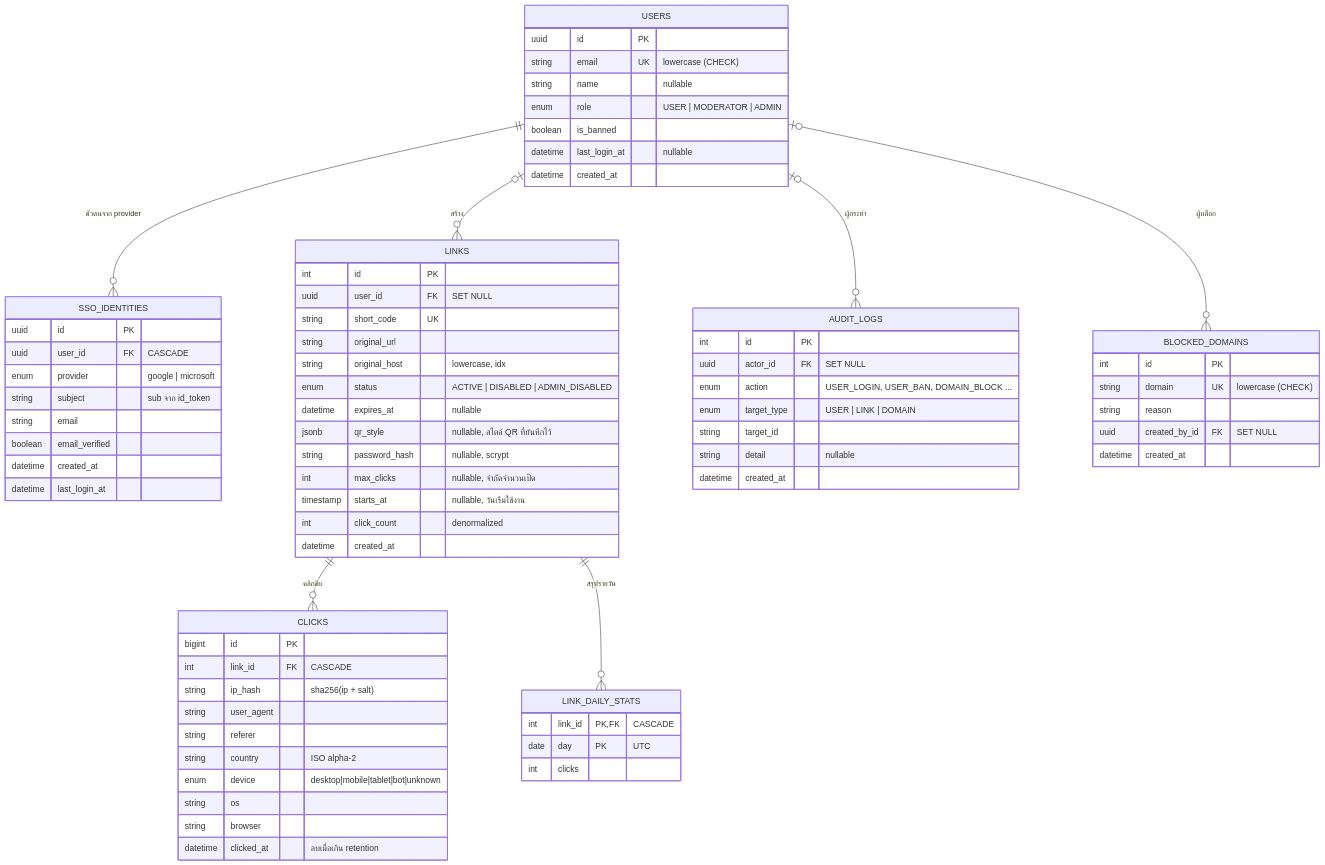
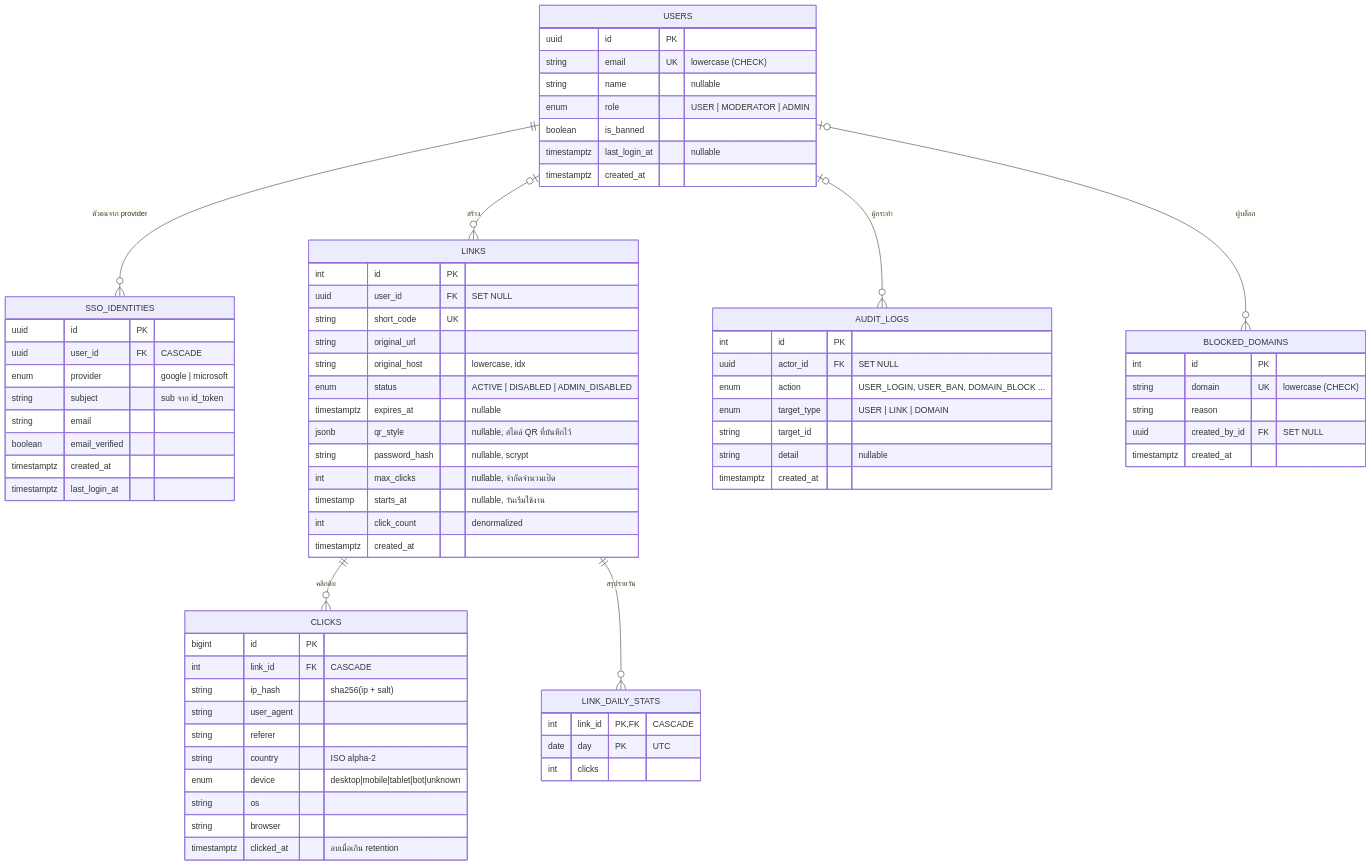
Before and after one commit to Dinozexe/Shorturl: the diagram in docs/er-diagram.md, drawn with Mermaid. The commit also changed other lines of this file and 11 other files, not shown here.

````diff
--- a/docs/er-diagram.md
+++ b/docs/er-diagram.md
@@ -7,77 +7,77 @@
 ```mermaid
 erDiagram
     USERS ||--o{ SSO_IDENTITIES : "ตัวตนจาก provider"
     USERS |o--o{ LINKS : "สร้าง"
     USERS |o--o{ AUDIT_LOGS : "ผู้กระทำ"
     USERS |o--o{ BLOCKED_DOMAINS : "ผู้บล็อก"
     LINKS ||--o{ CLICKS : "คลิกดิบ"
     LINKS ||--o{ LINK_DAILY_STATS : "สรุปรายวัน"
 
     USERS {
         uuid id PK
         string email UK "lowercase (CHECK)"
         string name "nullable"
         enum role "USER | MODERATOR | ADMIN"
         boolean is_banned
-        datetime last_login_at "nullable"
-        datetime created_at
+        timestamptz last_login_at "nullable"
+        timestamptz created_at
     }
     SSO_IDENTITIES {
         uuid id PK
         uuid user_id FK "CASCADE"
         enum provider "google | microsoft"
         string subject "sub จาก id_token"
         string email
         boolean email_verified
-        datetime created_at
-        datetime last_login_at
+        timestamptz created_at
+        timestamptz last_login_at
     }
     LINKS {
         int id PK
         uuid user_id FK "SET NULL"
         string short_code UK
         string original_url
         string original_host "lowercase, idx"
         enum status "ACTIVE | DISABLED | ADMIN_DISABLED"
-        datetime expires_at "nullable"
+        timestamptz expires_at "nullable"
         jsonb qr_style "nullable, สไตล์ QR ที่บันทึกไว้"
         string password_hash "nullable, scrypt"
         int max_clicks "nullable, จำกัดจำนวนเปิด"
         timestamp starts_at "nullable, วันเริ่มใช้งาน"
         int click_count "denormalized"
-        datetime created_at
+        timestamptz created_at
     }
     CLICKS {
         bigint id PK
         int link_id FK "CASCADE"
         string ip_hash "sha256(ip + salt)"
         string user_agent
         string referer
         string country "ISO alpha-2"
         enum device "desktop|mobile|tablet|bot|unknown"
         string os
         string browser
-        datetime clicked_at "ลบเมื่อเกิน retention"
+        timestamptz clicked_at "ลบเมื่อเกิน retention"
     }
     LINK_DAILY_STATS {
         int link_id PK,FK "CASCADE"
         date day PK "UTC"
         int clicks
     }
     BLOCKED_DOMAINS {
         int id PK
         string domain UK "lowercase (CHECK)"
         string reason
         uuid created_by_id FK "SET NULL"
-        datetime created_at
+        timestamptz created_at
     }
     AUDIT_LOGS {
         int id PK
         uuid actor_id FK "SET NULL"
         enum action "USER_LOGIN, USER_BAN, DOMAIN_BLOCK ..."
         enum target_type "USER | LINK | DOMAIN"
         string target_id
         string detail "nullable"
-        datetime created_at
+        timestamptz created_at
     }
 ```
````
